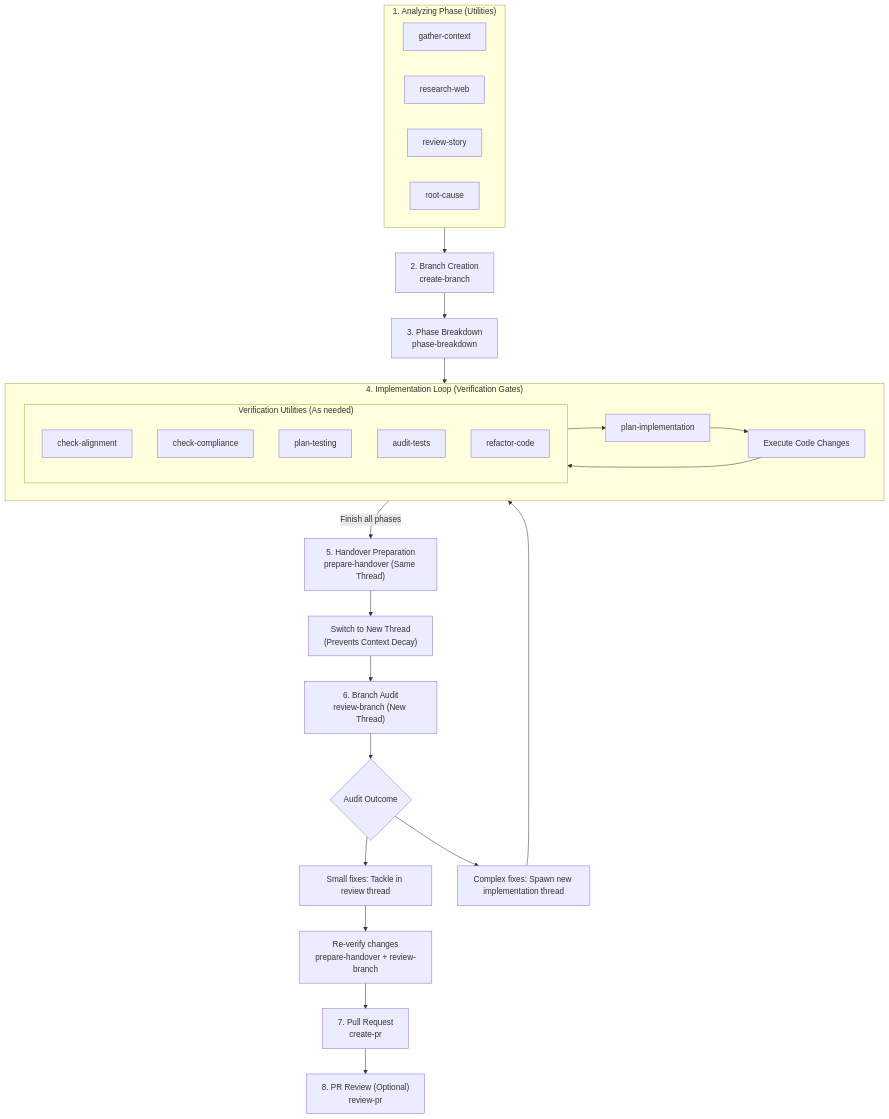
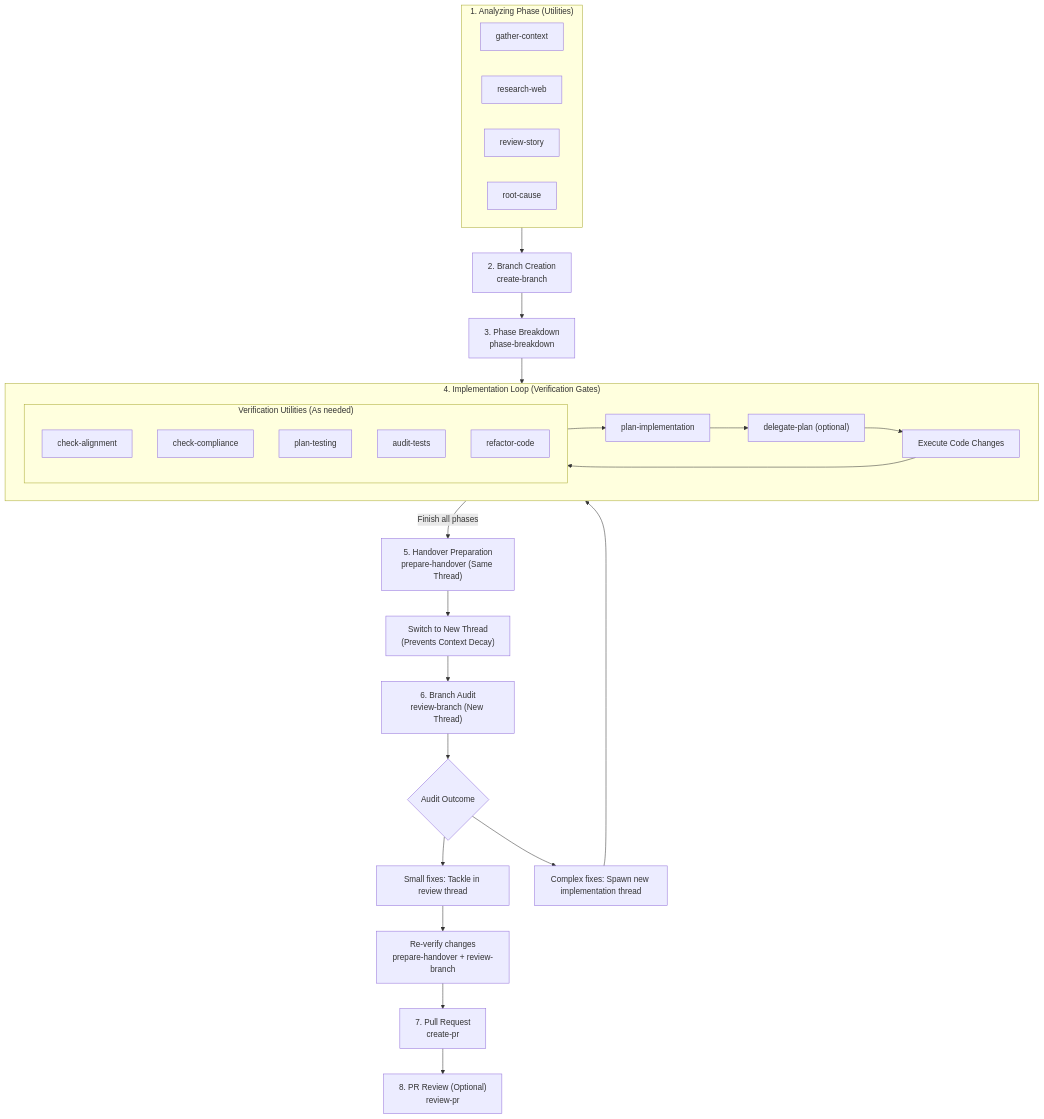
Before and after one commit to jrobertogarcia/agent-workflows: the diagram in LIFECYCLE.md, drawn with Mermaid. The commit also changed other lines of this file and 3 other files, not shown here.

Commit message:
feat(skills): add delegate-plan skill (#7)

````diff
--- a/LIFECYCLE.md
+++ b/LIFECYCLE.md
@@ -13,62 +13,64 @@
 ```mermaid
 graph TD
     %% Analyzing Phase
     subgraph Analyzing ["1. Analyzing Phase (Utilities)"]
         GC["gather-context"]
         RW["research-web"]
         RS["review-story"]
         RC["root-cause"]
     end
 
     %% Branch & Plan Phase
     CB["2. Branch Creation<br>create-branch"]
     PB["3. Phase Breakdown<br>phase-breakdown"]
     
     subgraph Loop ["4. Implementation Loop (Verification Gates)"]
         PI["plan-implementation"]
+        DP["delegate-plan (optional)"]
         Code["Execute Code Changes"]
         
         %% Loop Utilities
         subgraph Utilities ["Verification Utilities (As needed)"]
             CA["check-alignment"]
             CC["check-compliance"]
             PT["plan-testing"]
             AT["audit-tests"]
             RF["refactor-code"]
         end
         
-        PI --> Code
+        PI --> DP
+        DP --> Code
         Code --> Utilities
         Utilities --> PI
     end
 
     %% Handover & Review Phase
     PH["5. Handover Preparation<br>prepare-handover (Same Thread)"]
     Switch["Switch to New Thread<br>(Prevents Context Decay)"]
     RB["6. Branch Audit<br>review-branch (New Thread)"]
     
     %% Branch Review Fixes Decisions
     Decide{"Audit Outcome"}
     FixSame["Small fixes: Tackle in review thread"]
     FixNew["Complex fixes: Spawn new implementation thread"]
     Reverify["Re-verify changes<br>prepare-handover + review-branch"]
     
     %% PR Release Phase
     CPR["7. Pull Request<br>create-pr"]
     RPR["8. PR Review (Optional)<br>review-pr"]
 
     %% Flow connections
     Analyzing --> CB
     CB --> PB
     PB --> Loop
     Loop -->|Finish all phases| PH
     PH --> Switch
     Switch --> RB
     RB --> Decide
     Decide --> FixSame
     Decide --> FixNew
     FixSame --> Reverify
     FixNew --> Loop
     Reverify --> CPR
     CPR --> RPR
 ```
````
